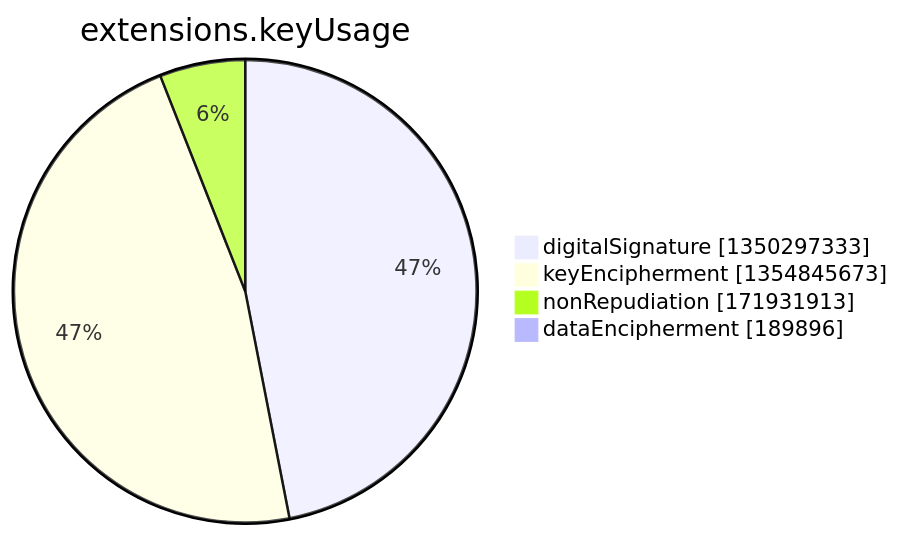
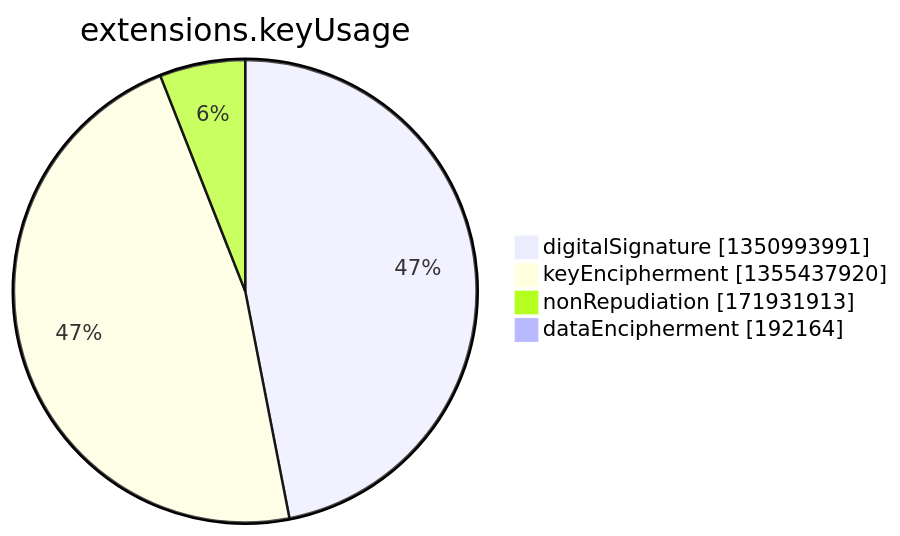
Before and after one commit to christiankrug/ctmonitor_visualization: the seventh of 15 diagrams in argon2022/README.md, drawn with Mermaid. The commit also changed other lines of this file, not shown here.

````diff
--- a/argon2022/README.md
+++ b/argon2022/README.md
@@ -2750,8 +2750,8 @@
 ```mermaid
 pie showData
 title extensions.keyUsage
-"digitalSignature" :1350297333
-"keyEncipherment" :1354845673
+"digitalSignature" :1350993991
+"keyEncipherment" :1355437920
 "nonRepudiation" :171931913
-"dataEncipherment" :189896
+"dataEncipherment" :192164
 ```
````
